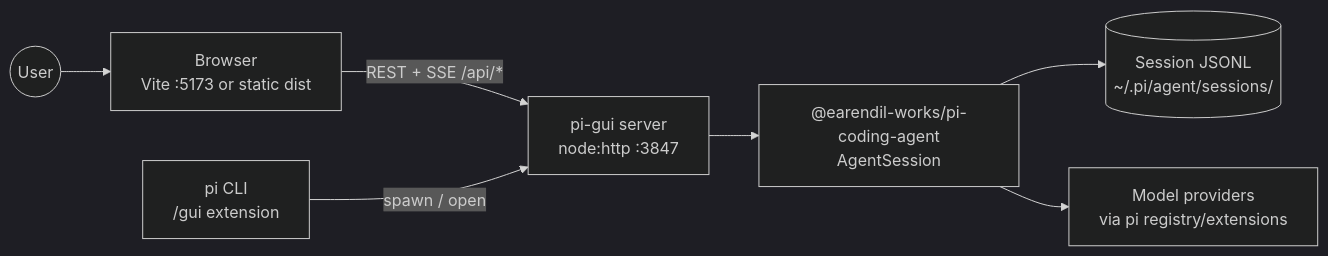
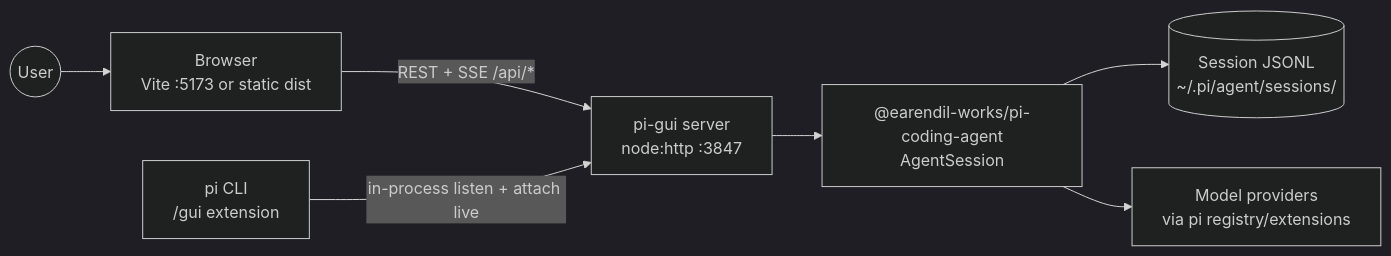
One commit to ankitchouhan1020/pi-gui-extension changed the first of 4 diagrams in docs/architecture.md. Above: the diagram before and after it, drawn with Mermaid (dark theme). The commit also changed other lines of this file and 176 other files, not shown here.

First line of the commit message:
Host /gui in-process and attach the live TUI session.

````diff
--- a/docs/architecture.md
+++ b/docs/architecture.md
@@ -7,17 +7,17 @@
 ```mermaid
 flowchart LR
   User((User))
   Browser[Browser<br/>Vite :5173 or static dist]
   GUI[pi-gui server<br/>node:http :3847]
   SDK["@earendil-works/pi-coding-agent<br/>AgentSession"]
   Disk[(Session JSONL<br/>~/.pi/agent/sessions/)]
   LLM[Model providers<br/>via pi registry/extensions]
   PiCLI[pi CLI<br/>/gui extension]
 
   User --> Browser
   Browser -->|REST + SSE /api/*| GUI
-  PiCLI -->|spawn / open| GUI
+  PiCLI -->|in-process listen + attach live| GUI
   GUI --> SDK
   SDK --> Disk
   SDK --> LLM
 ```
````
